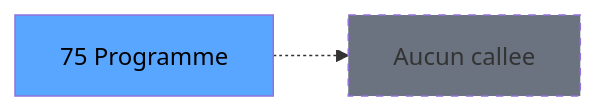
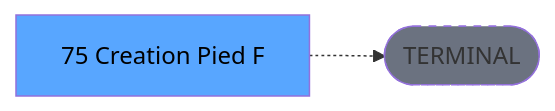
The third of 3 diagrams in .openspec/renders/ADH-IDE-75.md (thonyAGP/lecteur-magic), drawn with Mermaid before and after one commit. The commit also changed other lines of this file and 701 other files, not shown here.

````diff
--- a/.openspec/renders/ADH-IDE-75.md
+++ b/.openspec/renders/ADH-IDE-75.md
@@ -151,8 +134,8 @@
 ```mermaid
 graph LR
-    T[75 Programme]
-    NONE[Aucun callee]
-    T -.-> NONE
+    T[75 Creation Pied F]
+    TERM([TERMINAL])
+    T -.-> TERM
+    style TERM fill:#6b7280,stroke-dasharray: 5 5
     style T fill:#58a6ff,color:#000
-    style NONE fill:#6b7280,stroke-dasharray: 5 5
 ```
````
